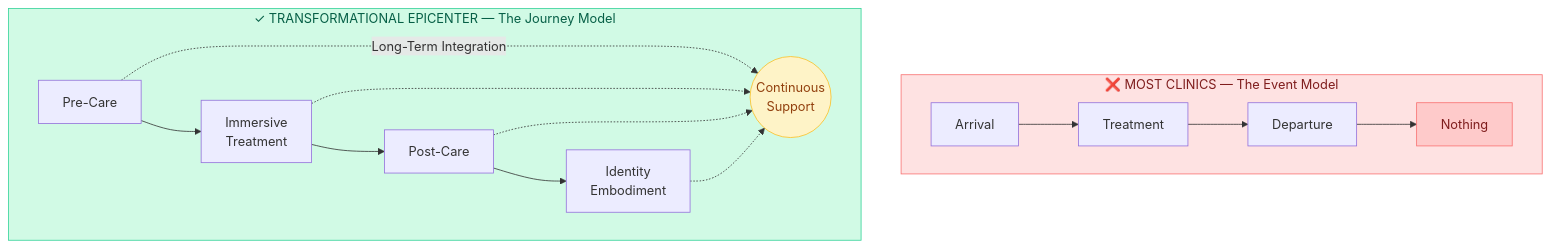
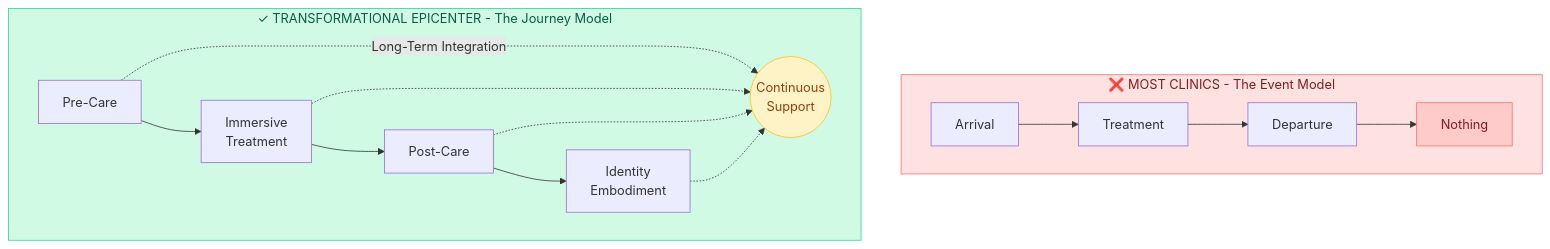
One commit to Light-Brands/epic-center changed the fourth of 13 diagrams in docs/market-research/MARKET_RESEARCH.md. Above: the diagram before and after it, drawn with Mermaid. The commit also changed other lines of this file and 5 other files, not shown here.

````diff
--- a/docs/market-research/MARKET_RESEARCH.md
+++ b/docs/market-research/MARKET_RESEARCH.md
@@ -267,22 +267,22 @@
 ```mermaid
 flowchart TB
-    subgraph COMPETITORS["❌ MOST CLINICS — The Event Model"]
+    subgraph COMPETITORS["❌ MOST CLINICS - The Event Model"]
         direction LR
         A1[Arrival] --> T1[Treatment] --> D1[Departure] --> N1[Nothing]
         style N1 fill:#fecaca,stroke:#f87171,color:#7f1d1d
     end
 
-    subgraph EPICENTER["✓ TRANSFORMATIONAL EPICENTER — The Journey Model"]
+    subgraph EPICENTER["✓ TRANSFORMATIONAL EPICENTER - The Journey Model"]
         direction LR
         P[Pre-Care] --> T[Immersive<br/>Treatment] --> PC[Post-Care] --> IE[Identity<br/>Embodiment]
 
         P -.->|Long-Term Integration| LTI((Continuous<br/>Support))
         T -.-> LTI
         PC -.-> LTI
         IE -.-> LTI
     end
 
     style COMPETITORS fill:#fee2e2,stroke:#f87171,color:#7f1d1d
     style EPICENTER fill:#d1fae5,stroke:#34d399,color:#065f46
     style LTI fill:#fef3c7,stroke:#fbbf24,color:#92400e
 ```
````
